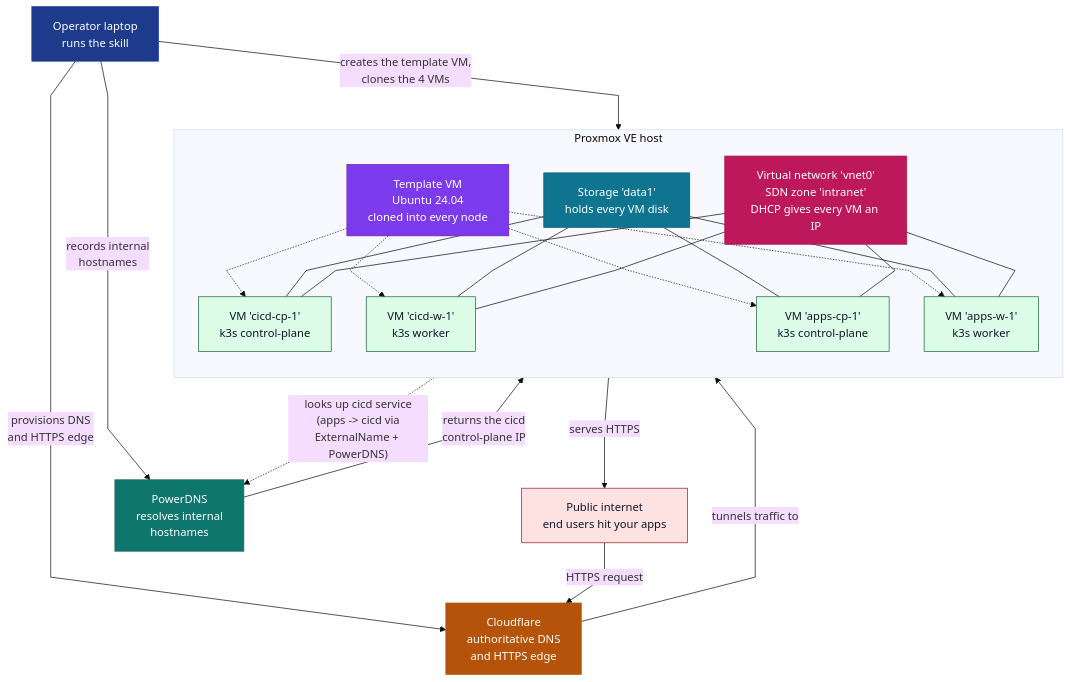
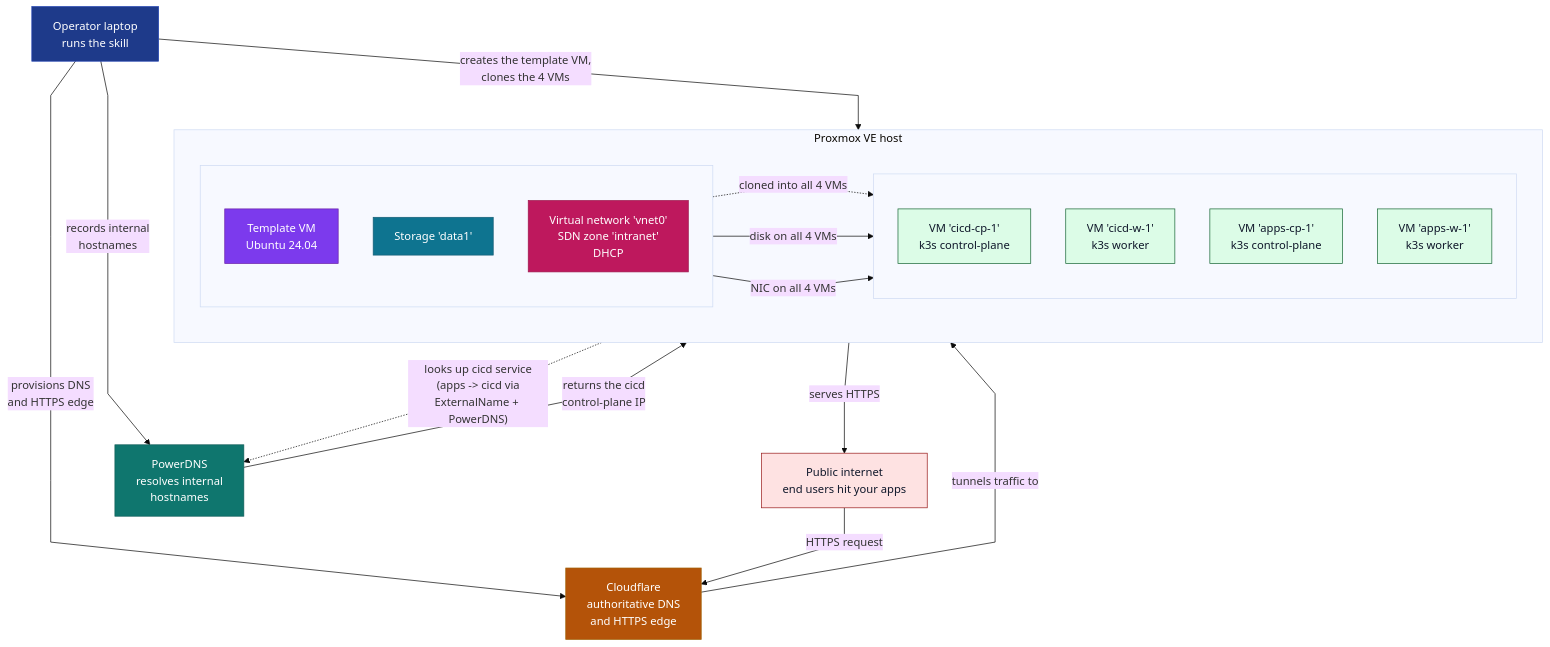
Before and after one commit to bruj0/proxmox-k8s-cicd: the diagram in README.md, drawn with Mermaid (base theme).

Commit message:
docs(readme): split Proxmox host into primitive/VM columns, one edge per primitive
The previous layout had all three Proxmox primitives (Template,
Storage, Virtual network) stacked in one column and the four VMs
in another. Each primitive fired four lines down through the
others, producing a 12-line knot of crossings inside the host
subgraph that was hard to follow.

Restructure the Proxmox host subgraph into two side-by-side
subgroups (PRIMS on the left, VMS on the right) with the
subgraph direction set to LR. Each primitive now has a single
representative edge into the first VM with the label 'all 4 VMs':

  Template -. "cloned into all 4 VMs" .-> VM
  Storage  --> "disk on all 4 VMs"   --> VM
  SDN      --> "NIC on all 4 VMs"    --> VM

The 12-to-3 edge reduction cuts the visual noise inside the
host in half while preserving the meaning (the primitives are
shared by all 4 VMs, and the dotted-vs-plain distinction still
marks template-workflow vs shared-resource).

Validated with mmdc (32 KB transparent PNG, clean render from
the actual README.md content).

````diff
--- a/README.md
+++ b/README.md
@@ -8,63 +8,59 @@
 ```mermaid
 %%{ init: { 'flowchart': { 'curve': 'linear' } } }%%
 flowchart TB
   Operator["Operator laptop<br/>runs the skill"]
   Internet["Public internet<br/>end users hit your apps"]
   CF["Cloudflare<br/>authoritative DNS<br/>and HTTPS edge"]
   PDNS["PowerDNS<br/>resolves internal<br/>hostnames"]
 
   subgraph PVE["Proxmox VE host"]
-    direction TB
-    Template["Template VM<br/>Ubuntu 24.04<br/>cloned into every node"]
-    Storage["Storage 'data1'<br/>holds every VM disk"]
-    SDN["Virtual network 'vnet0'<br/>SDN zone 'intranet'<br/>DHCP gives every VM an IP"]
-    VMcicdcp["VM 'cicd-cp-1'<br/>k3s control-plane"]
-    VMcicdw["VM 'cicd-w-1'<br/>k3s worker"]
-    VMappscp["VM 'apps-cp-1'<br/>k3s control-plane"]
-    VMappsw["VM 'apps-w-1'<br/>k3s worker"]
+    direction LR
+    subgraph PRIMS[" "]
+      direction TB
+      Template["Template VM<br/>Ubuntu 24.04"]
+      Storage["Storage 'data1'"]
+      SDN["Virtual network 'vnet0'<br/>SDN zone 'intranet'<br/>DHCP"]
+    end
+
+    subgraph VMS[" "]
+      direction TB
+      VMcicdcp["VM 'cicd-cp-1'<br/>k3s control-plane"]
+      VMcicdw["VM 'cicd-w-1'<br/>k3s worker"]
+      VMappscp["VM 'apps-cp-1'<br/>k3s control-plane"]
+      VMappsw["VM 'apps-w-1'<br/>k3s worker"]
+    end
   end
 
   Operator -->|"creates the template VM,<br/>clones the 4 VMs"| PVE
   Operator -->|"provisions DNS<br/>and HTTPS edge"| CF
   Operator -->|"records internal<br/>hostnames"| PDNS
 
-  Template -.-> VMcicdcp
-  Template -.-> VMcicdw
-  Template -.-> VMappscp
-  Template -.-> VMappsw
-
-  Storage --- VMcicdcp
-  Storage --- VMcicdw
-  Storage --- VMappscp
-  Storage --- VMappsw
-
-  SDN --- VMcicdcp
-  SDN --- VMcicdw
-  SDN --- VMappscp
-  SDN --- VMappsw
+  Template -. "cloned into all 4 VMs" .-> VMcicdcp
+  Storage -->|"disk on all 4 VMs"| VMcicdcp
+  SDN -->|"NIC on all 4 VMs"| VMcicdcp
 
   VMappsw -->|"serves HTTPS"| Internet
   CF -->|"tunnels traffic to"| VMappsw
   Internet -->|"HTTPS request"| CF
 
   VMappsw -. "looks up cicd service<br/>(apps -> cicd via<br/>ExternalName + PowerDNS)" .-> PDNS
   PDNS -->|"returns the cicd<br/>control-plane IP"| VMappsw
 
   classDef operator fill:#1e3a8a,stroke:#1e40af,color:#ffffff
   classDef external fill:#b45309,stroke:#a16207,color:#ffffff
   classDef pdns fill:#0f766e,stroke:#115e59,color:#ffffff
   classDef template fill:#7c3aed,stroke:#6b21a8,color:#ffffff
   classDef storage fill:#0e7490,stroke:#155e75,color:#ffffff
   classDef network fill:#be185d,stroke:#9d174d,color:#ffffff
   classDef vm fill:#dcfce7,stroke:#166534,color:#0f172a
   classDef internet fill:#fee2e2,stroke:#991b1b,color:#0f172a
 
   class Operator operator
   class CF external
   class PDNS pdns
   class Template template
   class Storage storage
   class SDN network
   class VMcicdcp,VMcicdw,VMappscp,VMappsw vm
   class Internet internet
 ```
````
